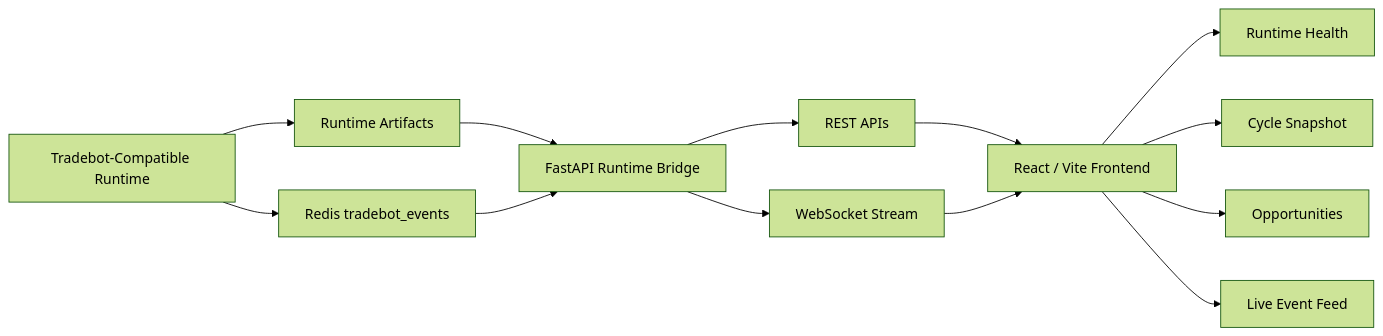
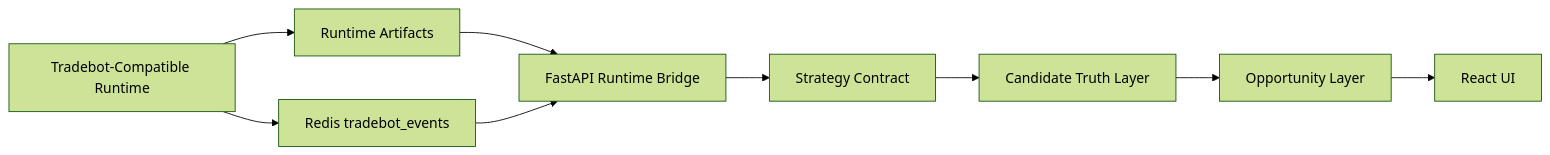
The diagram in README.md (ramgolladi1503-sys/algotradify), drawn with Mermaid (forest theme) before and after one commit. The commit also changed other lines of this file, not shown here.

Commit message:
Document Opportunity Layer workflow

````diff
--- a/README.md
+++ b/README.md
@@ -47,15 +28,11 @@
 ```mermaid
 flowchart LR
     A[Tradebot-Compatible Runtime] --> B[Runtime Artifacts]
-    A --> C[Redis tradebot_events]
-    B --> D[FastAPI Runtime Bridge]
-    C --> D
-    D --> E[REST APIs]
-    D --> F[WebSocket Stream]
-    E --> G[React / Vite Frontend]
-    F --> G
-    G --> H[Runtime Health]
-    G --> I[Cycle Snapshot]
-    G --> J[Opportunities]
-    G --> K[Live Event Feed]
+    B --> C[FastAPI Runtime Bridge]
+    C --> D[Strategy Contract]
+    D --> E[Candidate Truth Layer]
+    E --> F[Opportunity Layer]
+    F --> G[React UI]
+    A --> H[Redis tradebot_events]
+    H --> C
 ```
````
